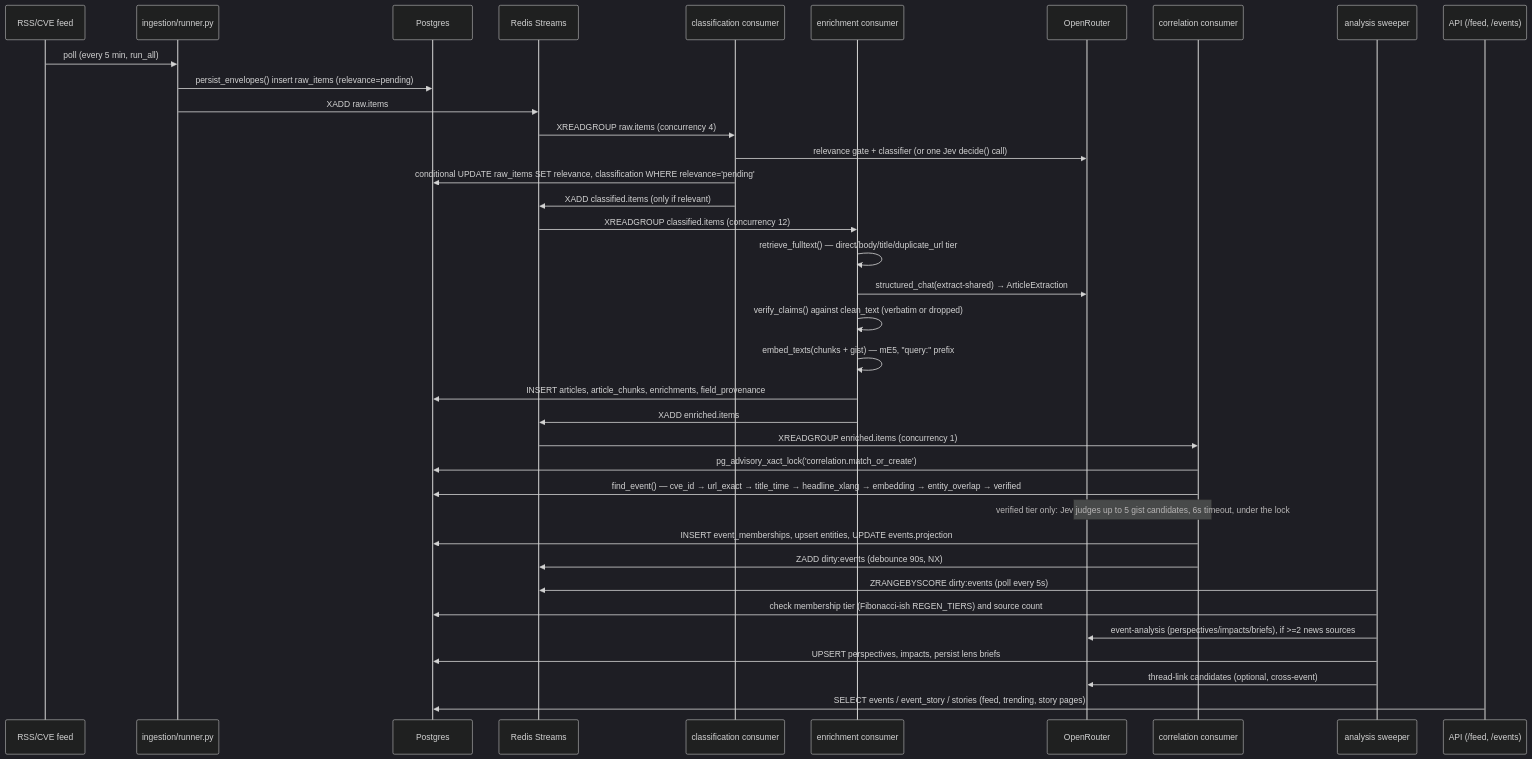
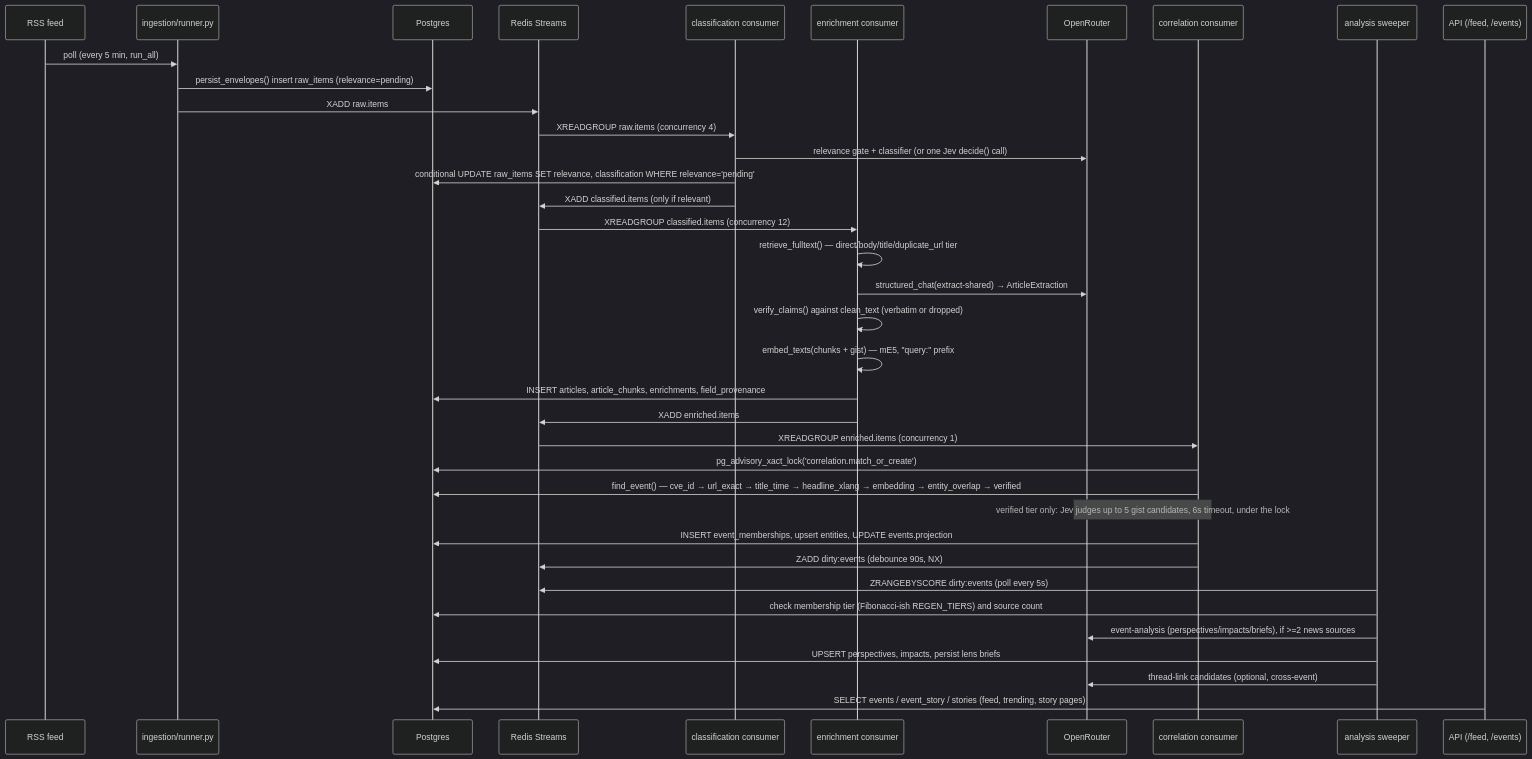
Before and after one commit to Matryx-Social-Labs/prism: the third of 3 diagrams in docs/PIPELINE.md, drawn with Mermaid (dark theme). The commit also changed other lines of this file and 36 other files, not shown here.

````diff
--- a/docs/PIPELINE.md
+++ b/docs/PIPELINE.md
@@ -1166,40 +1165,40 @@
 ```mermaid
 sequenceDiagram
-    participant Feed as RSS/CVE feed
+    participant Feed as RSS feed
     participant Ing as ingestion/runner.py
     participant DB as Postgres
     participant RQ as Redis Streams
     participant Cls as classification consumer
     participant Enr as enrichment consumer
     participant LLM as OpenRouter
     participant Cor as correlation consumer
     participant Sweep as analysis sweeper
     participant API as API (/feed, /events)
 
     Feed->>Ing: poll (every 5 min, run_all)
     Ing->>DB: persist_envelopes() insert raw_items (relevance=pending)
     Ing->>RQ: XADD raw.items
     RQ->>Cls: XREADGROUP raw.items (concurrency 4)
     Cls->>LLM: relevance gate + classifier (or one Jev decide() call)
     Cls->>DB: conditional UPDATE raw_items SET relevance, classification WHERE relevance='pending'
     Cls->>RQ: XADD classified.items (only if relevant)
     RQ->>Enr: XREADGROUP classified.items (concurrency 12)
     Enr->>Enr: retrieve_fulltext() — direct/body/title/duplicate_url tier
     Enr->>LLM: structured_chat(extract-shared) → ArticleExtraction
     Enr->>Enr: verify_claims() against clean_text (verbatim or dropped)
     Enr->>Enr: embed_texts(chunks + gist) — mE5, "query:" prefix
     Enr->>DB: INSERT articles, article_chunks, enrichments, field_provenance
     Enr->>RQ: XADD enriched.items
     RQ->>Cor: XREADGROUP enriched.items (concurrency 1)
     Cor->>DB: pg_advisory_xact_lock('correlation.match_or_create')
     Cor->>DB: find_event() — cve_id → url_exact → title_time → headline_xlang → embedding → entity_overlap → verified
     Note over Cor,LLM: verified tier only: Jev judges up to 5 gist candidates, 6s timeout, under the lock
     Cor->>DB: INSERT event_memberships, upsert entities, UPDATE events.projection
     Cor->>RQ: ZADD dirty:events (debounce 90s, NX)
     Sweep->>RQ: ZRANGEBYSCORE dirty:events (poll every 5s)
     Sweep->>DB: check membership tier (Fibonacci-ish REGEN_TIERS) and source count
     Sweep->>LLM: event-analysis (perspectives/impacts/briefs), if >=2 news sources
     Sweep->>DB: UPSERT perspectives, impacts, persist lens briefs
     Sweep->>LLM: thread-link candidates (optional, cross-event)
     API->>DB: SELECT events / event_story / stories (feed, trending, story pages)
 ```
````
